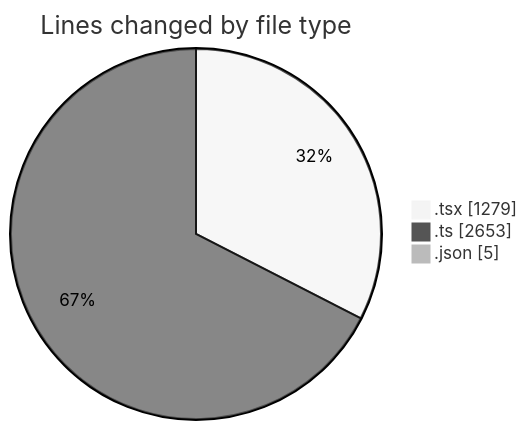
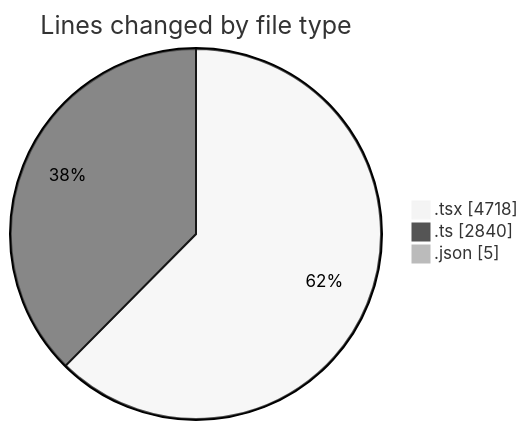
One commit to julien-gomy/code-tracking changed the first of 2 diagrams in 2025-11-23/eventscop-frontend-guide__workspace_/README.md. Above: the diagram before and after it, drawn with Mermaid (neutral theme). The commit also changed other lines of this file and 1 other file, not shown here.

````diff
--- a/2025-11-23/eventscop-frontend-guide__workspace_/README.md
+++ b/2025-11-23/eventscop-frontend-guide__workspace_/README.md
@@ -51,7 +71,7 @@
 ```mermaid
 pie showData
 title Lines changed by file type
-".tsx" : 1279
-".ts" : 2653
+".tsx" : 4718
+".ts" : 2840
 ".json" : 5
 ```
````
